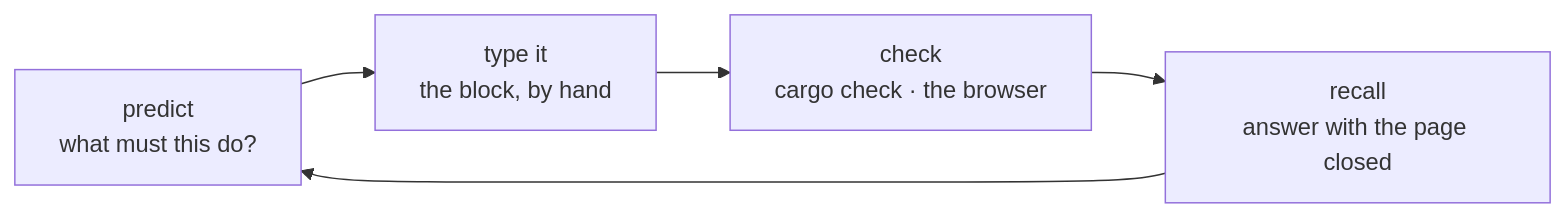
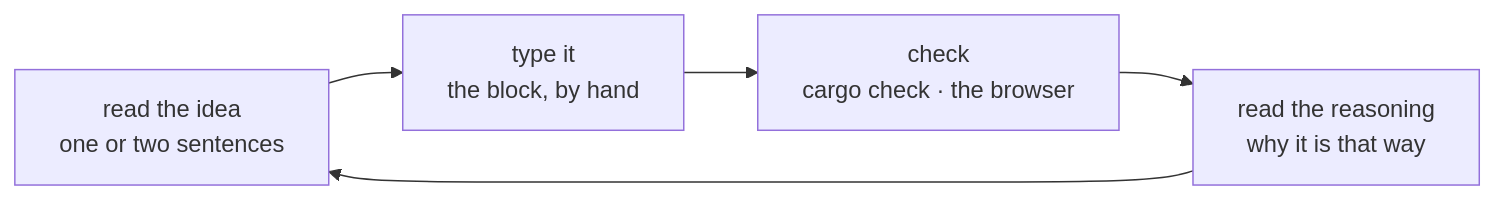
One commit to petrasvestartas/session changed the diagram in session_viewer/docs/how-to-learn.md. Above: the diagram before and after it, drawn with Mermaid. The commit also changed other lines of this file and 35 other files, not shown here.

````diff
--- a/session_viewer/docs/how-to-learn.md
+++ b/session_viewer/docs/how-to-learn.md
@@ -9,7 +9,7 @@
 ```mermaid
 flowchart LR
-    P["predict<br/>what must this do?"] --> T["type it<br/>the block, by hand"]
+    P["read the idea<br/>one or two sentences"] --> T["type it<br/>the block, by hand"]
     T --> C["check<br/>cargo check · the browser"]
-    C --> R["recall<br/>answer with the page closed"]
+    C --> R["read the reasoning<br/>why it is that way"]
     R --> P
 ```
````
